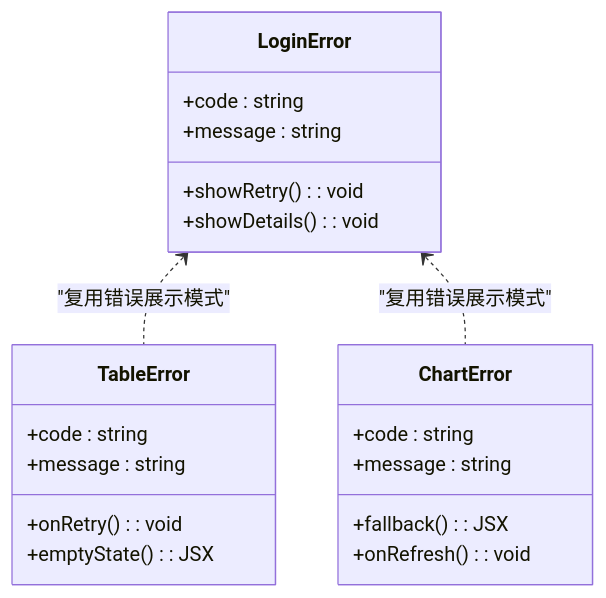
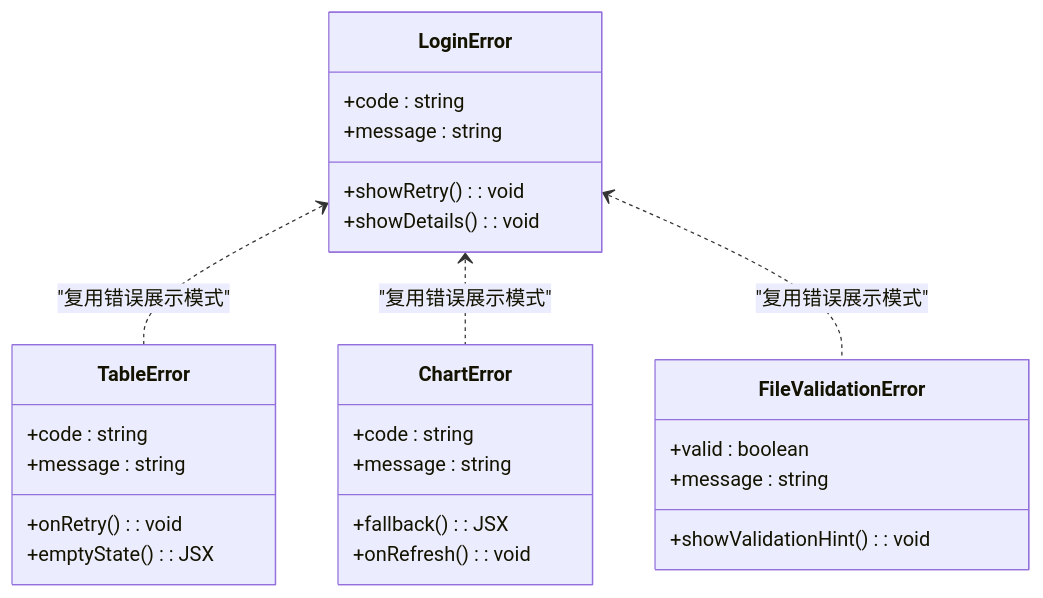
Before and after one commit to Damao997/newproject: the sixth of 7 diagrams in .qoder/repowiki/zh/content/API集成层/错误处理机制.md, drawn with Mermaid. The commit also changed other lines of this file and 24 other files, not shown here.

````diff
--- a/.qoder/repowiki/zh/content/API集成层/错误处理机制.md
+++ b/.qoder/repowiki/zh/content/API集成层/错误处理机制.md
@@ -256,23 +356,29 @@
 ```mermaid
 classDiagram
 class LoginError {
 +code : string
 +message : string
 +showRetry() : void
 +showDetails() : void
 }
 class TableError {
 +code : string
 +message : string
 +onRetry() : void
 +emptyState() : JSX
 }
 class ChartError {
 +code : string
 +message : string
 +fallback() : JSX
 +onRefresh() : void
 }
+class FileValidationError {
++valid : boolean
++message : string
++showValidationHint() : void
+}
 LoginError <.. TableError : "复用错误展示模式"
 LoginError <.. ChartError : "复用错误展示模式"
+LoginError <.. FileValidationError : "复用错误展示模式"
 ```
````
